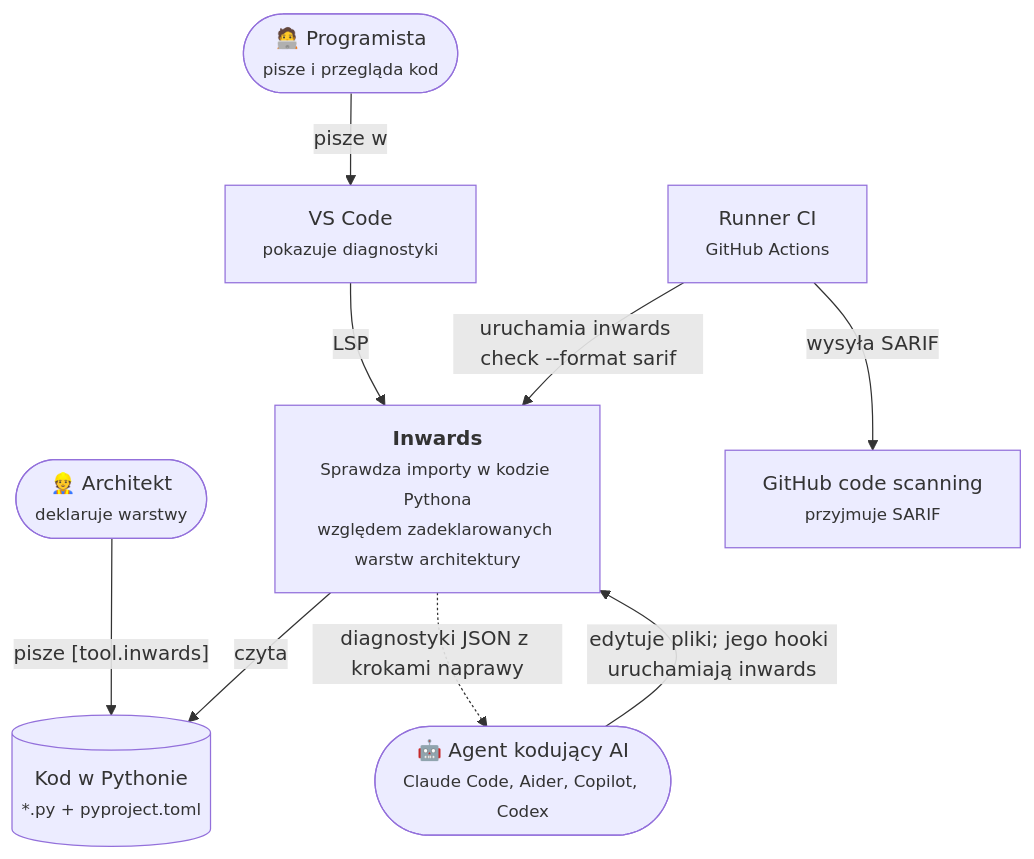
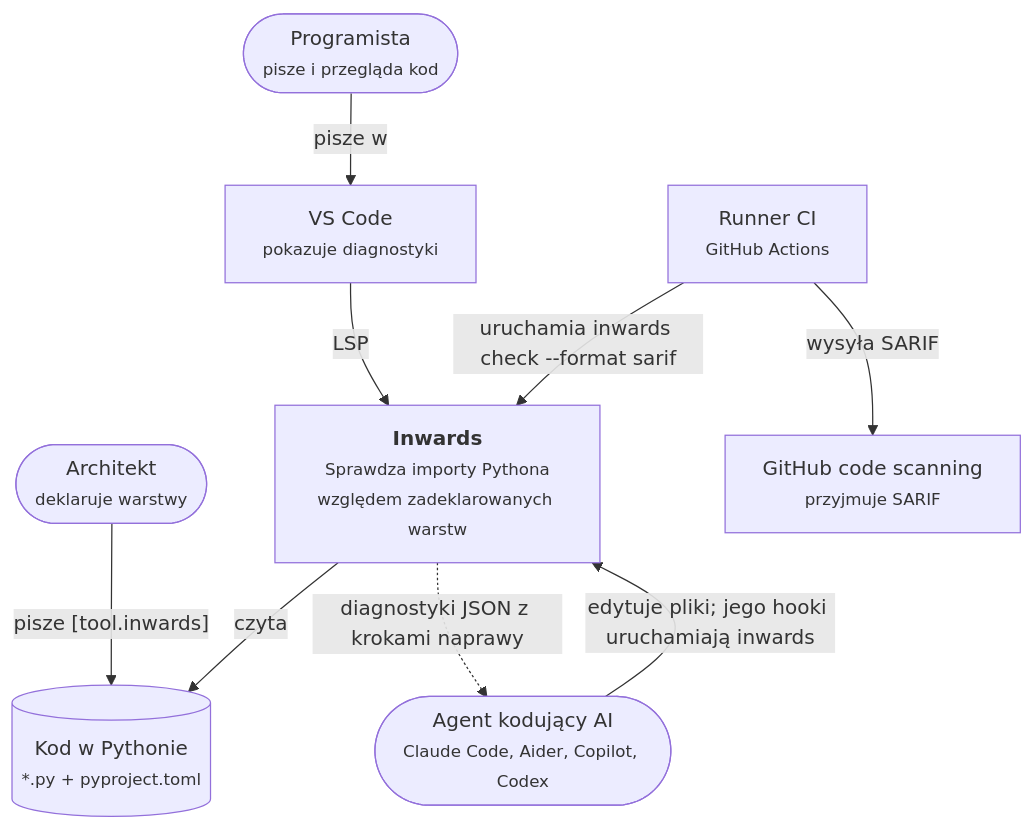
One commit to SirCypkowskyy/inwards changed the first of 6 diagrams in docs/pl/03-Architecture-C4.md. Above: the diagram before and after it, drawn with Mermaid. The commit also changed other lines of this file and 34 other files, not shown here.

````diff
--- a/docs/pl/03-Architecture-C4.md
+++ b/docs/pl/03-Architecture-C4.md
@@ -17,23 +17,23 @@
 ```mermaid
 flowchart TB
-    architect(["👷 Architekt<br/><small>deklaruje warstwy</small>"])
-    dev(["🧑‍💻 Programista<br/><small>pisze i przegląda kod</small>"])
-    agent(["🤖 Agent kodujący AI<br/><small>Claude Code, Aider, Copilot, Codex</small>"])
+    architect(["Architekt<br/><small>deklaruje warstwy</small>"])
+    dev(["Programista<br/><small>pisze i przegląda kod</small>"])
+    agent(["Agent kodujący AI<br/><small>Claude Code, Aider, Copilot, Codex</small>"])
 
-    inwards["<b>Inwards</b><br/><small>Sprawdza importy w kodzie Pythona<br/>względem zadeklarowanych warstw architektury</small>"]
+    inwards["<b>Inwards</b><br/><small>Sprawdza importy Pythona<br/>względem zadeklarowanych warstw</small>"]
 
     repo[("Kod w Pythonie<br/><small>*.py + pyproject.toml</small>")]
     editor["VS Code<br/><small>pokazuje diagnostyki</small>"]
     ci["Runner CI<br/><small>GitHub Actions</small>"]
     scanning["GitHub code scanning<br/><small>przyjmuje SARIF</small>"]
 
     architect -- "pisze [tool.inwards]" --> repo
     agent -- "edytuje pliki; jego hooki uruchamiają inwards" --> inwards
     dev -- "pisze w" --> editor
     editor -- "LSP" --> inwards
     ci -- "uruchamia inwards check --format sarif" --> inwards
     inwards -- "czyta" --> repo
     ci -- "wysyła SARIF" --> scanning
     inwards -. "diagnostyki JSON z krokami naprawy" .-> agent
 
 ```
````
